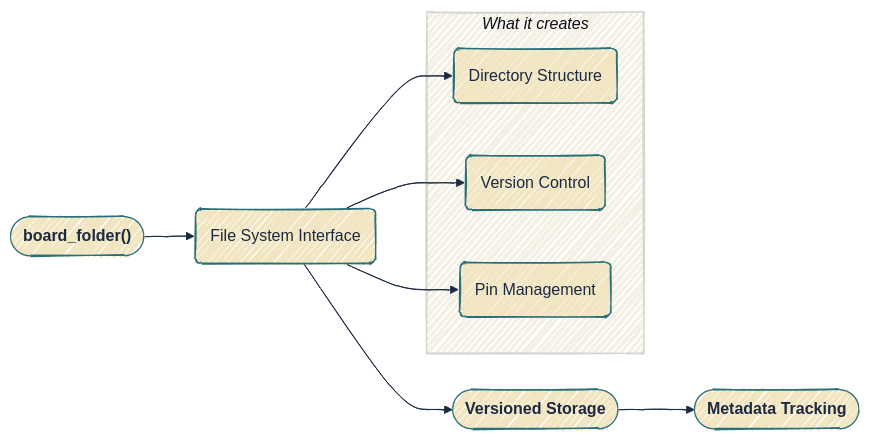
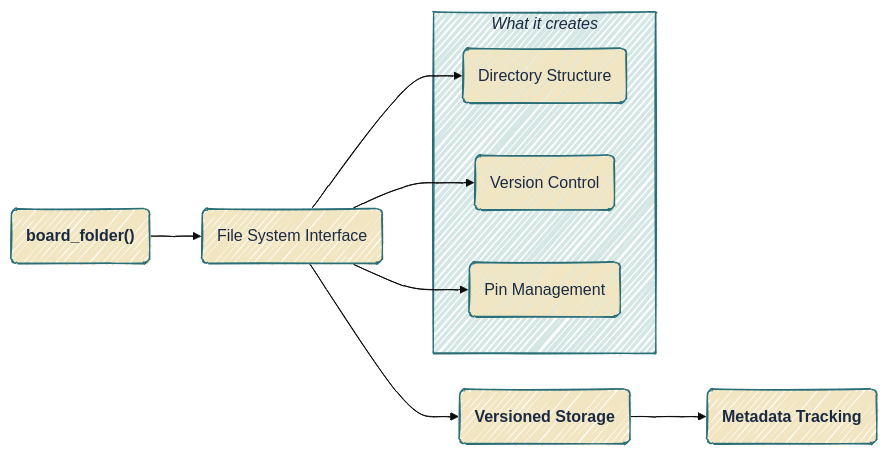
One commit to mjfrigaard/do4ds-labs changed the third of 5 diagrams in lab02.qmd. Above: the diagram before and after it, drawn with Mermaid. The commit also changed other lines of this file and 37 other files, not shown here.

Commit message:
updates to mermaid

````diff
--- a/lab02.qmd
+++ b/lab02.qmd
@@ -278,24 +287,26 @@
 ```{mermaid}
 %%| fig-cap: 'board_folder()'
 %%| fig-align: center
-%%{init: {'theme': 'base', 'look': 'handDrawn', 'themeVariables': { 'fontFamily': 'monospace', "fontSize":"16px", 'primaryColor': '#F2E6C2', 'primaryBorderColor': '#2A6F77', 'primaryTextColor': '#1B2A41', 'secondaryColor': '#d4e7e4', 'tertiaryColor': '#f5f0e4', 'lineColor': '#1B2A41', 'edgeLabelBackground': '#F2E6C2'}}}%%
+%%{init: {'theme': 'base', 'look': 'handDrawn', 'themeVariables': {'fontFamily': 'monospace'}}}%%
 
 flowchart LR
-    BrdFldr(["<strong>board_folder()</strong>"]) --> FSI("File System Interface")
-    FSI --> VerStor(["<strong>Versioned Storage</strong>"])
-    VerStor --> MetaTr(["<strong>Metadata Tracking</strong>"])
+    BrdFldr("<strong>board_folder()</strong>") --> FSI("File System Interface")
+    FSI --> VerStor("<strong>Versioned Storage</strong>")
+    VerStor --> MetaTr("<strong>Metadata Tracking</strong>")
     
     subgraph BF["<em>What it creates</em>"]
         DirStr("Directory Structure")
         VerCont("Version Control")
         PinMngMnt("Pin Management")
     end
     
     FSI --> DirStr
     FSI --> VerCont
     FSI --> PinMngMnt
 
     %% Style for outputs %%
+    classDef default fill:#F2E6C2,stroke:#2A6F77,color:#1B2A41
+    style BF fill:#d4e7e4,stroke:#2A6F77,color:#1B2A41
 
 
 ```
````
